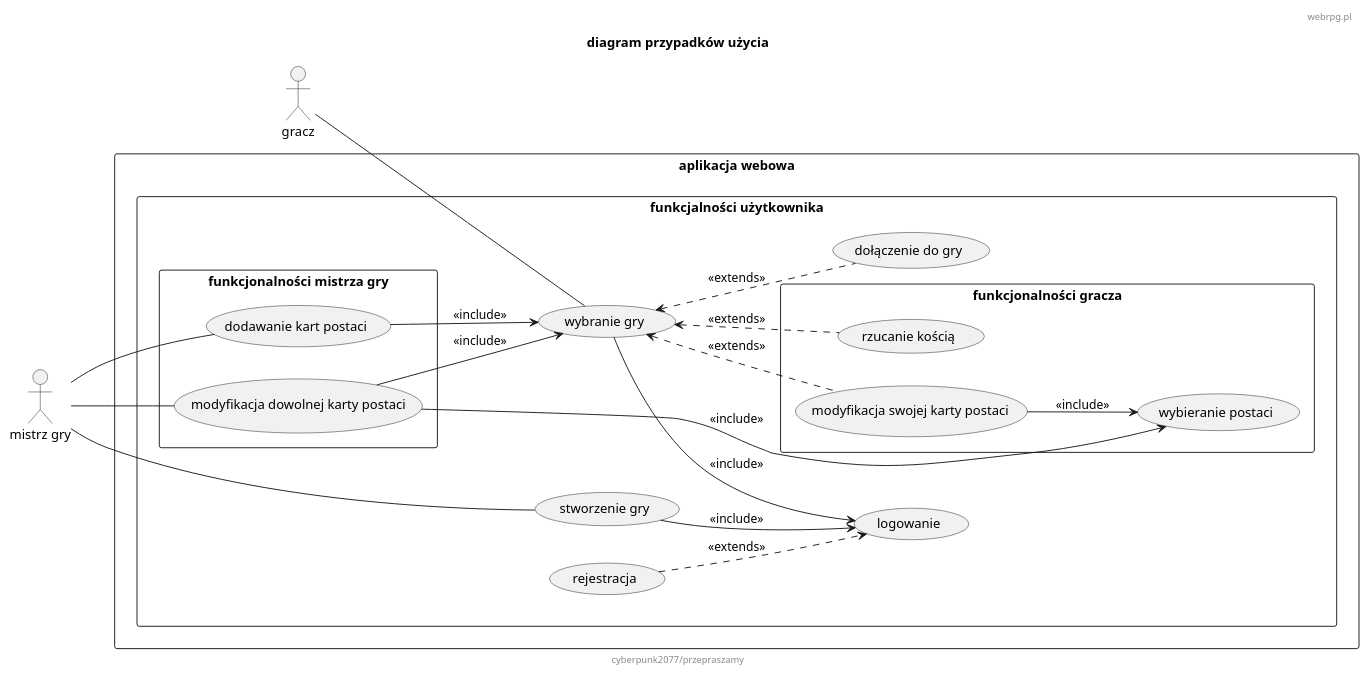
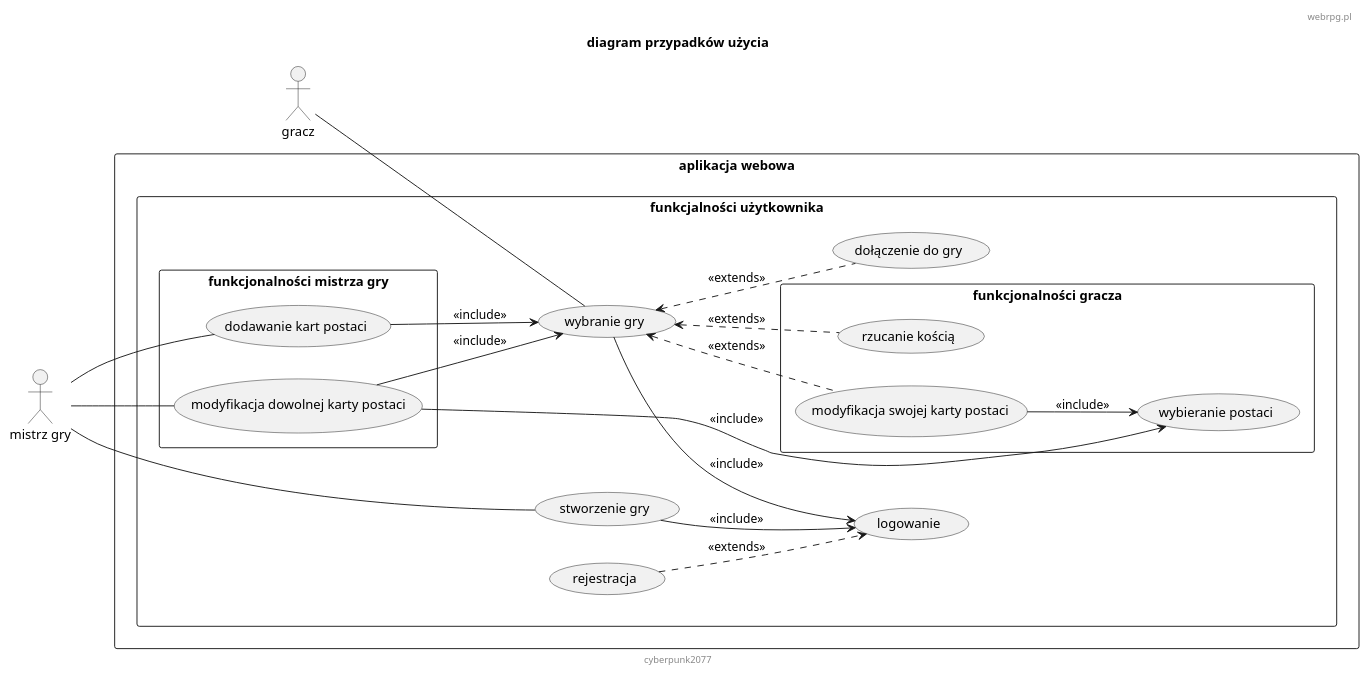
Before and after one commit to TheVivent-Politechnika-Lodzka/io_webrpg: the diagram in diagrams/diagram_użycia.plantuml, drawn with PlantUML. The commit also changed 1 other file, not shown here.

Commit message:
chyba w miarę ogarnięty diagram klas. Ale on w sumie i tak będzie się zmieniał w czasie

```diff
--- a/diagrams/diagram_użycia.plantuml
+++ b/diagrams/diagram_użycia.plantuml
@@ -7,59 +7,59 @@
 @startuml
 header webrpg.pl
-footer cyberpunk2077/przepraszamy
+footer cyberpunk2077
 title "diagram przypadków użycia"
 left to right direction
 
 :gracz: as user
 :mistrz gry: as gm
 
 rectangle "aplikacja webowa" {
     
     rectangle "funkcjalności użytkownika" {
         usecase "logowanie"   as login
         usecase "rejestracja" as register
 
         usecase "dołączenie do gry" as join_game
         usecase "wybranie gry"      as enter_game
         usecase "stworzenie gry"    as create_game
 
         rectangle "funkcjonalności mistrza gry" {
             usecase "modyfikacja dowolnej karty postaci" as modify_any_cc
             usecase "dodawanie kart postaci"             as add_any_cc
         }
 
         rectangle "funkcjonalności gracza" {
             usecase "modyfikacja swojej karty postaci"   as modify_own_cc
             usecase "wybieranie postaci"                 as select_char
             'usecase "chatowanie"                         as use_chat
             usecase "rzucanie kością"                    as die_roll
         }
     }
 
 
 }
 
 register ..> login              : <<extends>>
 
 user -- enter_game
 enter_game <.. join_game        : <<extends>>
 enter_game <.. modify_own_cc    : <<extends>>
 'enter_game <.. use_chat         : <<extends>>
 enter_game <.. die_roll         : <<extends>>
 
 enter_game --> login            : <<include>>
 
 modify_own_cc --> select_char   : <<include>>
 modify_any_cc --> select_char   : <<include>>
 
 'gm --> user
 gm -- modify_any_cc
 gm -- add_any_cc
 gm -- create_game
 
 create_game --> login           : <<include>>
 modify_any_cc --> enter_game    : <<include>>
 add_any_cc --> enter_game       : <<include>>
 
 
 @enduml
```
